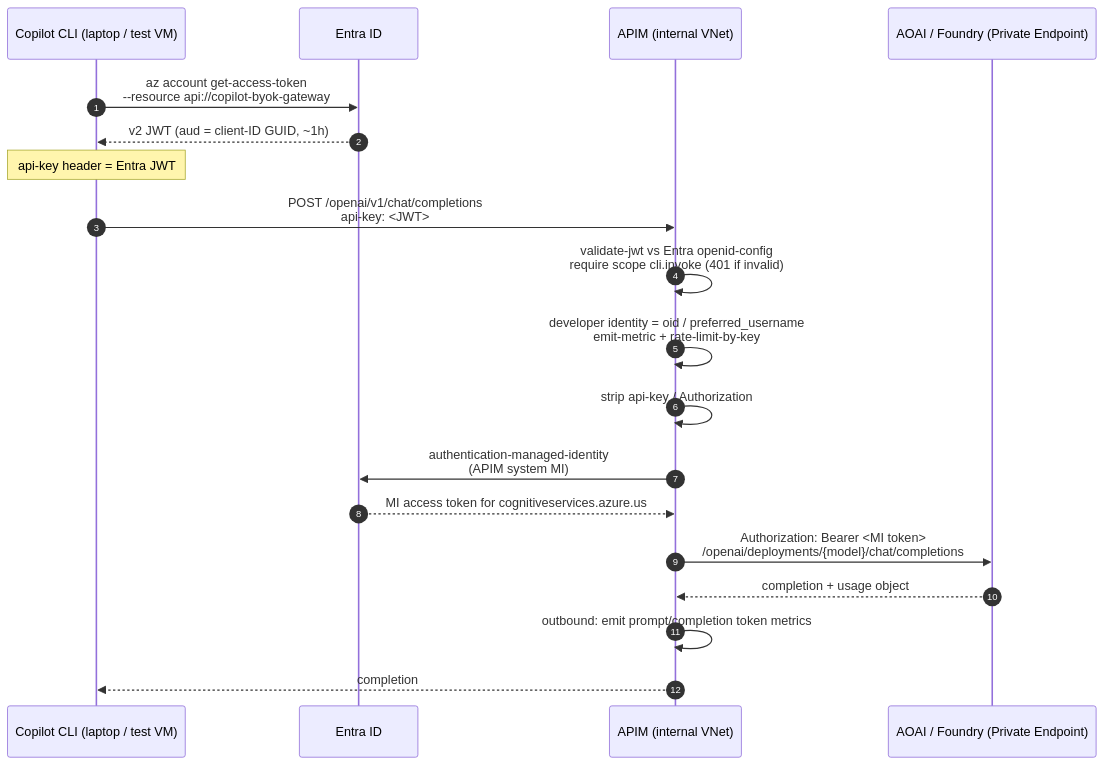
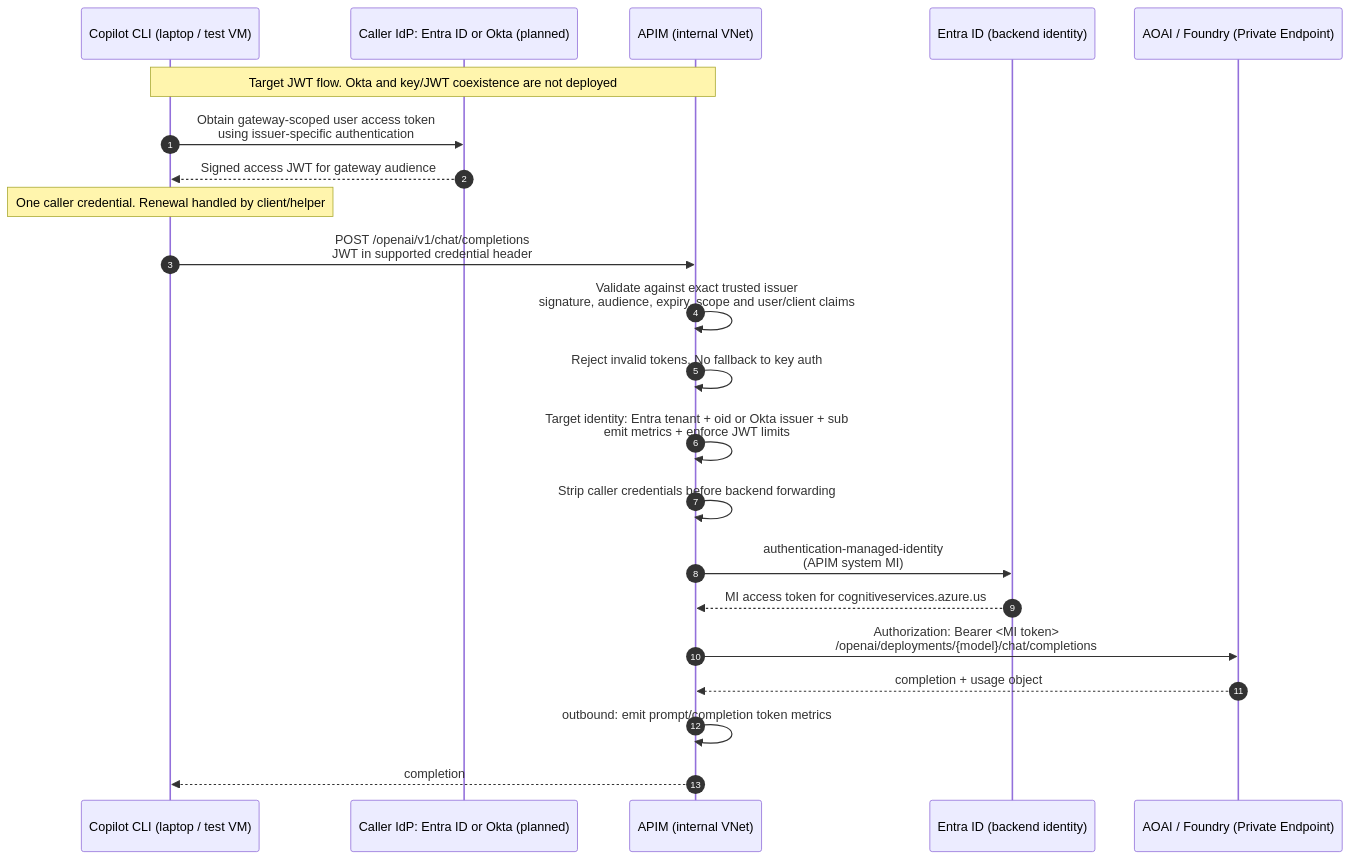
The sixth of 21 diagrams in docs/architecture.md (gwexler-msft/copilot-cli-byok-azure), drawn with Mermaid before and after one commit. The commit also changed other lines of this file and 218 other files, not shown here.

````diff
--- a/docs/architecture.md
+++ b/docs/architecture.md
@@ -719,22 +733,25 @@
 ```mermaid
 sequenceDiagram
     autonumber
     participant Dev as Copilot CLI (laptop / test VM)
-    participant Entra as Entra ID
+  participant IdP as Caller IdP: Entra ID or Okta (planned)
     participant APIM as APIM (internal VNet)
+  participant Entra as Entra ID (backend identity)
     participant Model as AOAI / Foundry (Private Endpoint)
 
-    Dev->>Entra: az account get-access-token<br/>--resource api://copilot-byok-gateway
-    Entra-->>Dev: v2 JWT (aud = client-ID GUID, ~1h)
-    Note over Dev: api-key header = Entra JWT
-    Dev->>APIM: POST /openai/v1/chat/completions<br/>api-key: <JWT>
-    APIM->>APIM: validate-jwt vs Entra openid-config<br/>require scope cli.invoke (401 if invalid)
-    APIM->>APIM: developer identity = oid / preferred_username<br/>emit-metric + rate-limit-by-key
-    APIM->>APIM: strip api-key / Authorization
+  Note over Dev,APIM: Target JWT flow. Okta and key/JWT coexistence are not deployed
+  Dev->>IdP: Obtain gateway-scoped user access token<br/>using issuer-specific authentication
+  IdP-->>Dev: Signed access JWT for gateway audience
+  Note over Dev: One caller credential. Renewal handled by client/helper
+  Dev->>APIM: POST /openai/v1/chat/completions<br/>JWT in supported credential header
+  APIM->>APIM: Validate against exact trusted issuer<br/>signature, audience, expiry, scope and user/client claims
+  APIM->>APIM: Reject invalid tokens. No fallback to key auth
+  APIM->>APIM: Target identity: Entra tenant + oid or Okta issuer + sub<br/>emit metrics + enforce JWT limits
+  APIM->>APIM: Strip caller credentials before backend forwarding
     APIM->>Entra: authentication-managed-identity<br/>(APIM system MI)
     Entra-->>APIM: MI access token for cognitiveservices.azure.us
     APIM->>Model: Authorization: Bearer <MI token><br/>/openai/deployments/{model}/chat/completions
     Model-->>APIM: completion + usage object
     APIM->>APIM: outbound: emit prompt/completion token metrics
     APIM-->>Dev: completion
 ```
````
